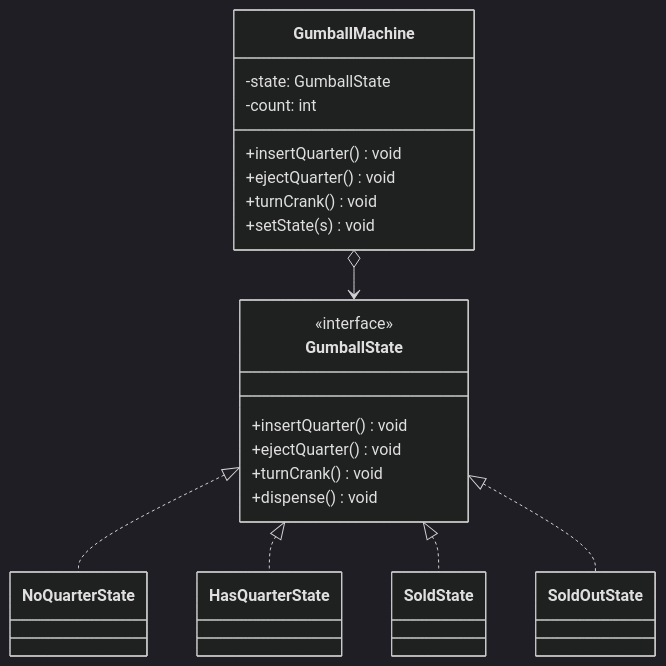
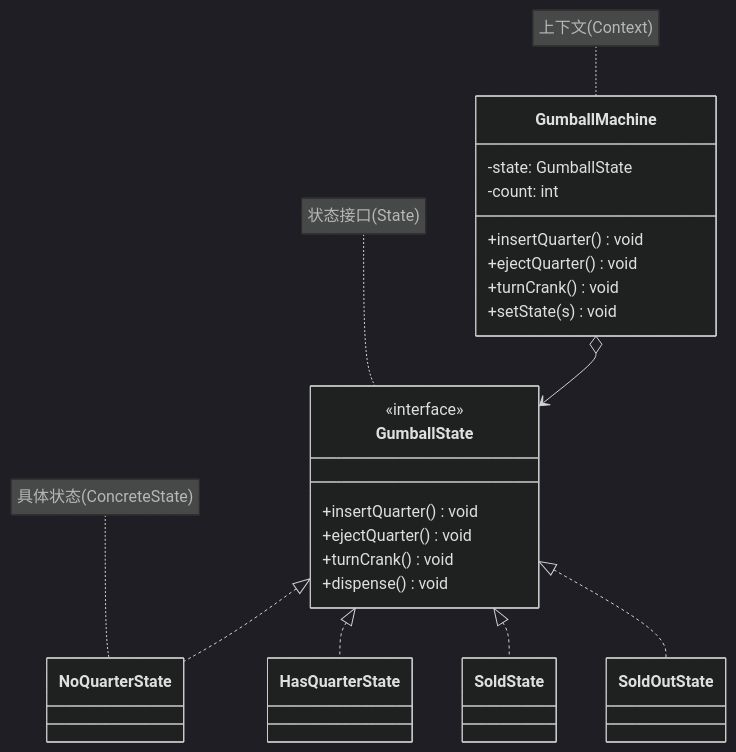
One commit to luguosong/programming-notes changed the second of 2 diagrams in docs/topic/design-patterns/behavioral-patterns/state/index.md. Above: the diagram before and after it, drawn with Mermaid (dark theme). The commit also changed 23 other files, not shown here.

First line of the commit message:
fix: 修正设计模式 UML 箭头类型并添加角色标注

````diff
--- a/docs/topic/design-patterns/behavioral-patterns/state/index.md
+++ b/docs/topic/design-patterns/behavioral-patterns/state/index.md
@@ -45,27 +45,30 @@
 ```mermaid
 classDiagram
     class GumballState {
         <<interface>>
         +insertQuarter() void
         +ejectQuarter() void
         +turnCrank() void
         +dispense() void
     }
     class NoQuarterState
     class HasQuarterState
     class SoldState
     class SoldOutState
     class GumballMachine {
         -state: GumballState
         -count: int
         +insertQuarter() void
         +ejectQuarter() void
         +turnCrank() void
         +setState(s) void
     }
     GumballState <|.. NoQuarterState
     GumballState <|.. HasQuarterState
     GumballState <|.. SoldState
     GumballState <|.. SoldOutState
     GumballMachine o--> GumballState
+    note for GumballState "状态接口(State)"
+    note for NoQuarterState "具体状态(ConcreteState)"
+    note for GumballMachine "上下文(Context)"
 ```
````
